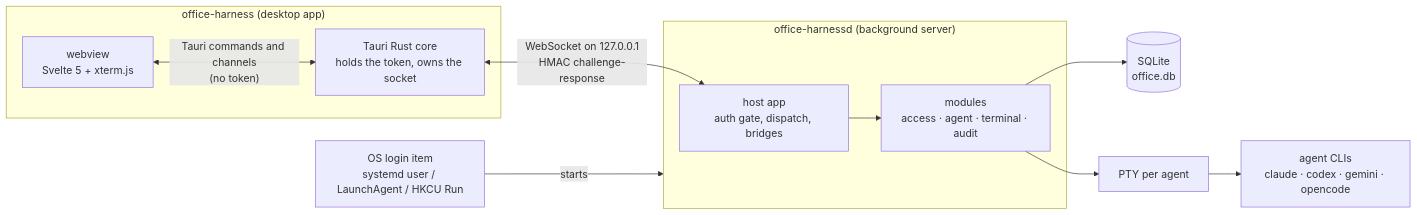
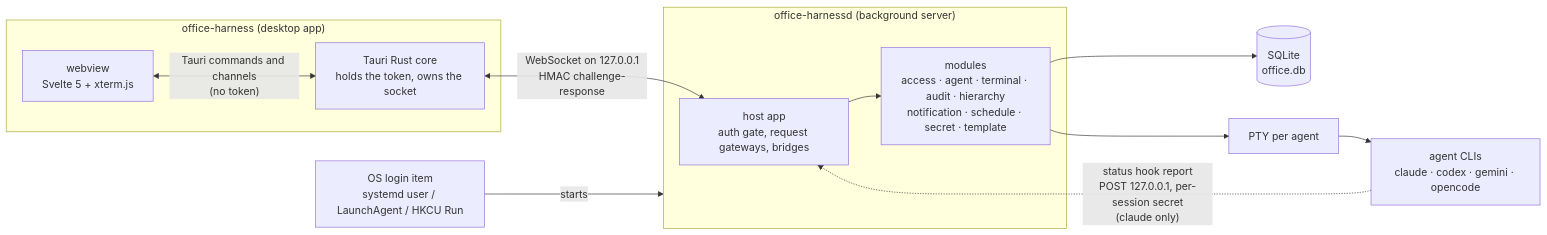
One commit to ahmet-cetinkaya/office-harness changed the first of 3 diagrams in docs/ARCHITECTURE.md. Above: the diagram before and after it, drawn with Mermaid. The commit also changed other lines of this file, not shown here.

Commit message:
docs(architecture): bring the architecture document up to main (#155)

````diff
--- a/docs/ARCHITECTURE.md
+++ b/docs/ARCHITECTURE.md
@@ -19,18 +19,19 @@
 ```mermaid
 flowchart LR
     subgraph desktop["office-harness (desktop app)"]
         ui["webview<br/>Svelte 5 + xterm.js"]
         core["Tauri Rust core<br/>holds the token, owns the socket"]
         ui <-->|"Tauri commands and channels<br/>(no token)"| core
     end
     subgraph server["office-harnessd (background server)"]
-        host["host app<br/>auth gate, dispatch, bridges"]
-        mods["modules<br/>access · agent · terminal · audit"]
+        host["host app<br/>auth gate, request gateways, bridges"]
+        mods["modules<br/>access · agent · terminal · audit · hierarchy<br/>notification · schedule · secret · template"]
         host --> mods
     end
     core <-->|"WebSocket on 127.0.0.1<br/>HMAC challenge-response"| host
     mods --> db[("SQLite<br/>office.db")]
     mods --> pty["PTY per agent"]
     pty --> cli["agent CLIs<br/>claude · codex · gemini · opencode"]
+    cli -.->|"status hook report<br/>POST 127.0.0.1, per-session secret<br/>(claude only)"| host
     login["OS login item<br/>systemd user / LaunchAgent / HKCU Run"] -->|starts| server
 ```
````
